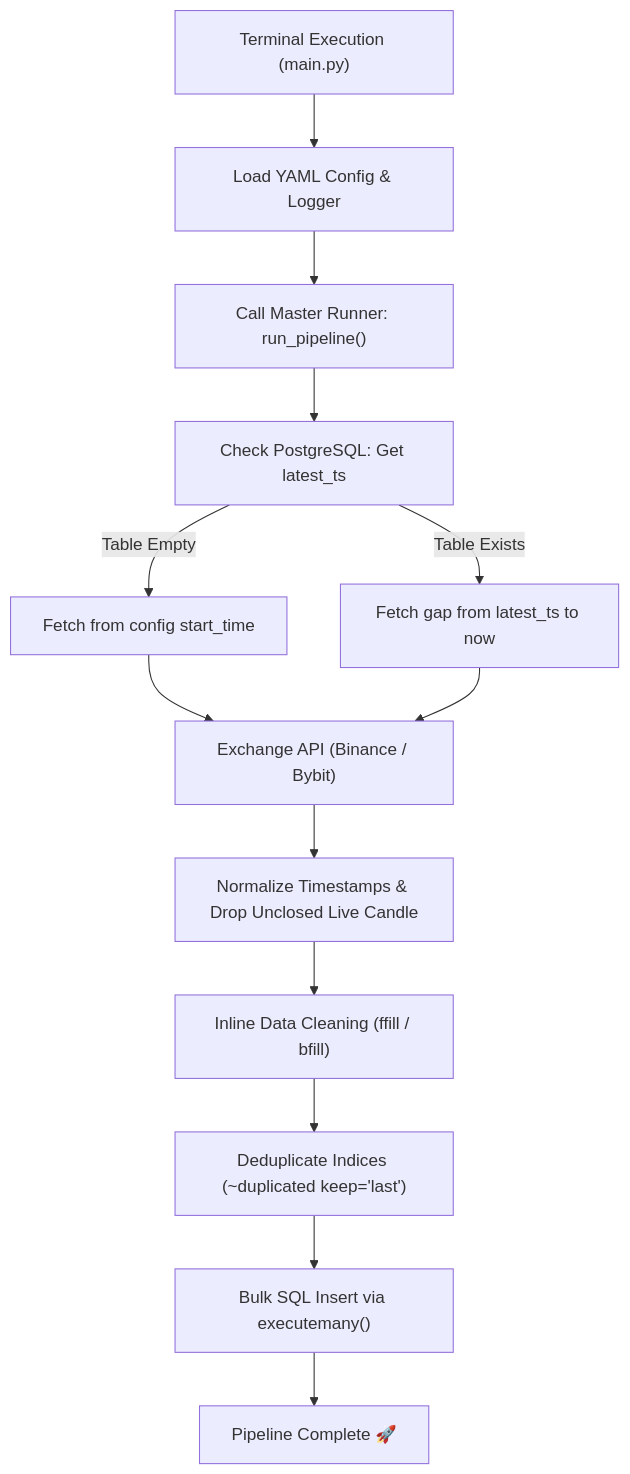
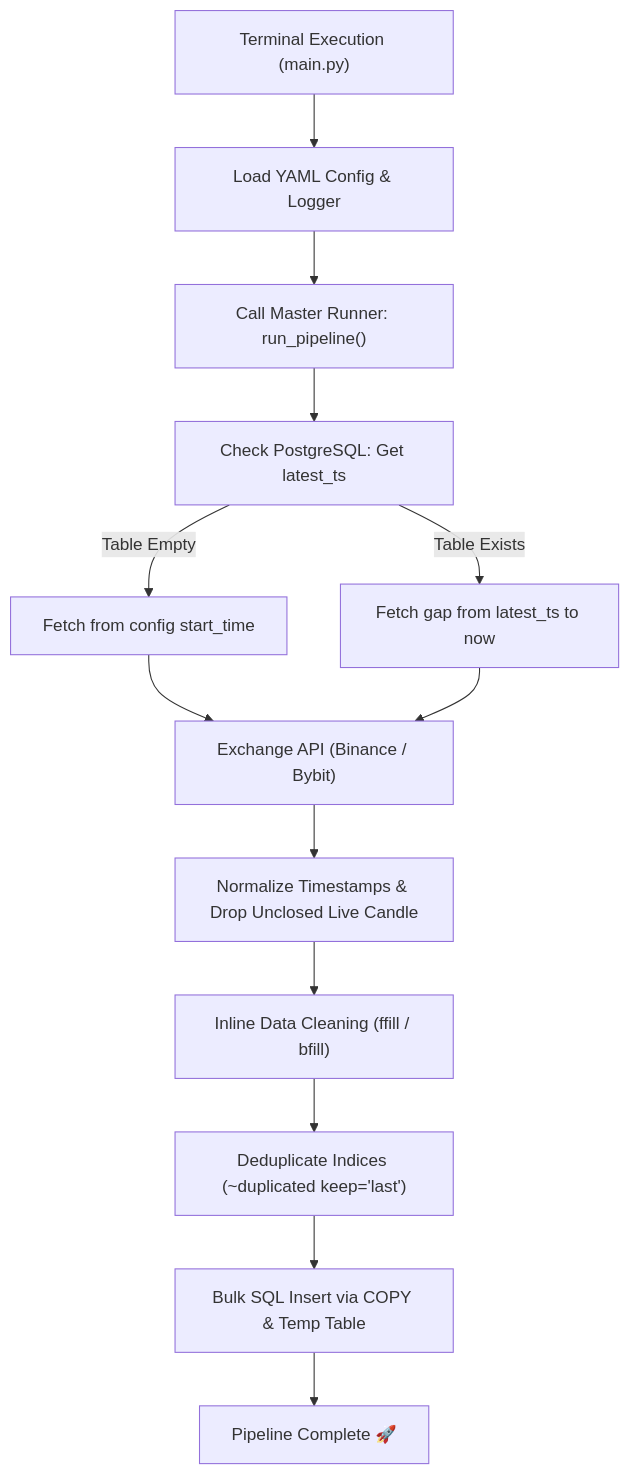
One commit to 21Afnan/cryptosight changed the first of 2 diagrams in README.md. Above: the diagram before and after it, drawn with Mermaid. The commit also changed other lines of this file, not shown here.

````diff
--- a/README.md
+++ b/README.md
@@ -62,18 +61,18 @@
 ```mermaid
 graph TD
     User["Terminal Execution (main.py)"] --> Config["Load YAML Config & Logger"]
     Config --> Runner["Call Master Runner: run_pipeline()"]
     Runner --> DB_Check["Check PostgreSQL: Get latest_ts"]
     
     DB_Check -->|Table Empty| Fetch_Start["Fetch from config start_time"]
     DB_Check -->|Table Exists| Fetch_Gap["Fetch gap from latest_ts to now"]
     
     Fetch_Start --> API["Exchange API (Binance / Bybit)"]
     Fetch_Gap --> API
     
     API --> Clean["Normalize Timestamps & Drop Unclosed Live Candle"]
     Clean --> Fill["Inline Data Cleaning (ffill / bfill)"]
     Fill --> Dedupe["Deduplicate Indices (~duplicated keep='last')"]
-    Dedupe --> Save["Bulk SQL Insert via executemany()"]
+    Dedupe --> Save["Bulk SQL Insert via COPY & Temp Table"]
     Save --> Success["Pipeline Complete 🚀"]
 ```
````
